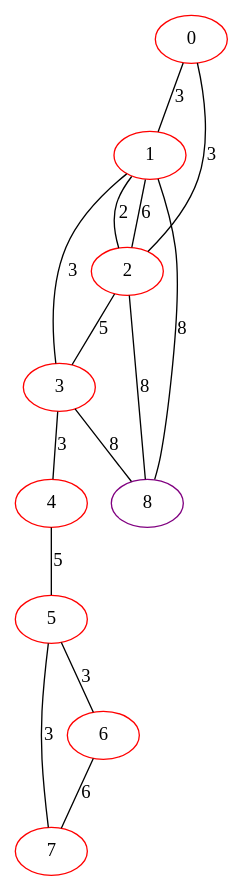
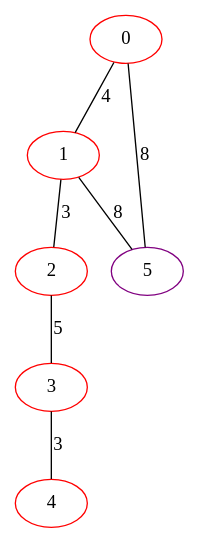
The diagram in graphviz/dual/hwrt/r-5/train/514.gv (FelixMcFelix/sip-for-cv-paper), drawn with Graphviz before and after one commit. The commit also changed 22572 other files, not shown here.

Commit message:
Report changes, more graphs

```diff
--- a/graphviz/dual/hwrt/r-5/train/514.gv
+++ b/graphviz/dual/hwrt/r-5/train/514.gv
@@ -1,25 +1,14 @@
 graph "" {
 0 [color=red, weight=1];
 1 [color=red, weight=1];
 2 [color=red, weight=1];
 3 [color=red, weight=1];
 4 [color=red, weight=1];
-5 [color=red, weight=1];
-6 [color=red, weight=1];
-7 [color=red, weight=1];
-8 [color=purple, weight=4];
-0 -- 1  [key=0, label=3];
-0 -- 2  [key=0, label=3];
-1 -- 8  [key=0, label=8];
-1 -- 2  [key=0, label=2];
-1 -- 2  [key=1, label=6];
-1 -- 3  [key=0, label=3];
+5 [color=purple, weight=4];
+0 -- 1  [key=0, label=4];
+0 -- 5  [key=0, label=8];
+1 -- 2  [key=0, label=3];
+1 -- 5  [key=0, label=8];
 2 -- 3  [key=0, label=5];
-2 -- 8  [key=0, label=8];
-3 -- 8  [key=0, label=8];
 3 -- 4  [key=0, label=3];
-4 -- 5  [key=0, label=5];
-5 -- 6  [key=0, label=3];
-5 -- 7  [key=0, label=3];
-6 -- 7  [key=0, label=6];
 }
```
